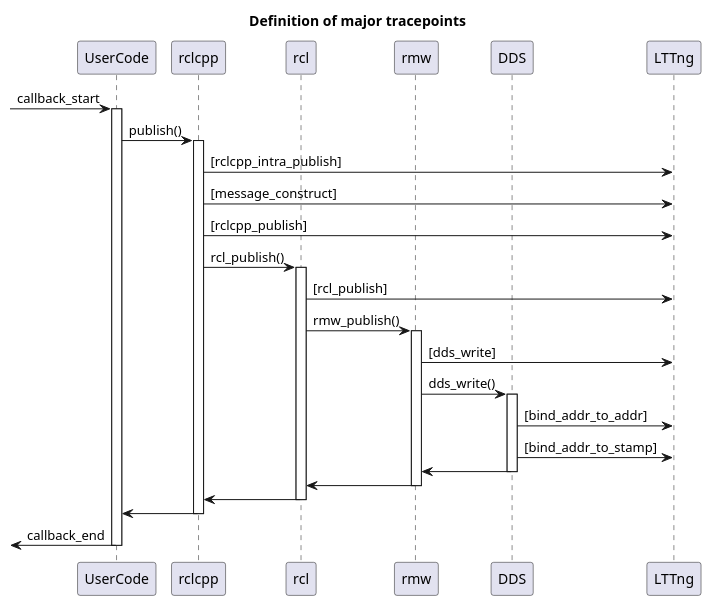
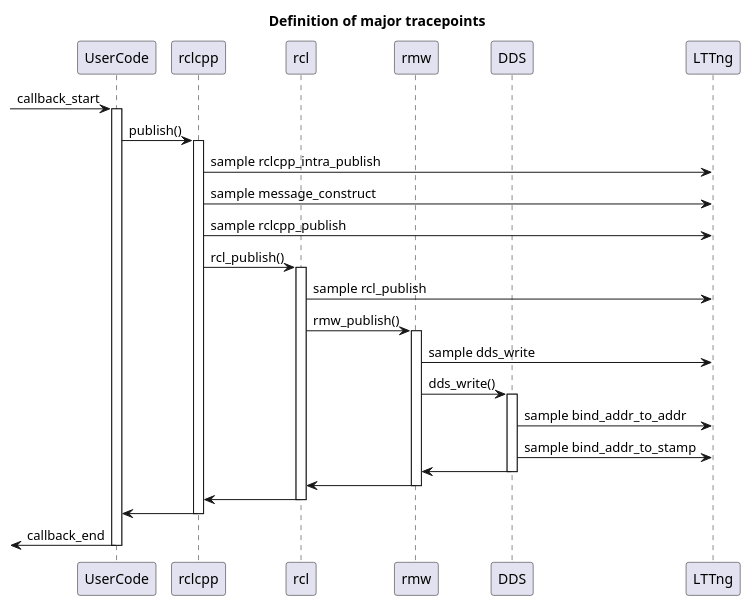
Before and after one commit to tier4/caret_doc: the diagram in docs/design/latency_definitions/publisher.md, drawn with PlantUML. The commit also changed other lines of this file, not shown here.

Commit message:
address comments inlatency_definitions/publisher.md

````diff
--- a/docs/design/latency_definitions/publisher.md
+++ b/docs/design/latency_definitions/publisher.md
@@ -7,51 +7,51 @@
 ```plantuml
 @startuml
 title: Definition of major tracepoints
 
 participant UserCode
 participant rclcpp
 participant rcl
 participant rmw
 participant DDS
 participant LTTng
 
 -> UserCode : callback_start
 activate UserCode
 UserCode -> rclcpp: publish()
 activate rclcpp
 
-rclcpp -> LTTng: [rclcpp_intra_publish]
-rclcpp -> LTTng: [message_construct]
-rclcpp -> LTTng: [rclcpp_publish]
+rclcpp -> LTTng: sample rclcpp_intra_publish
+rclcpp -> LTTng: sample message_construct
+rclcpp -> LTTng: sample rclcpp_publish
 
 rclcpp -> rcl: rcl_publish()
 activate rcl
 
-rcl -> LTTng: [rcl_publish]
+rcl -> LTTng: sample rcl_publish
 
 rcl -> rmw: rmw_publish()
 activate rmw
 
-rmw -> LTTng: [dds_write]
+rmw -> LTTng: sample dds_write
 
 rmw -> DDS: dds_write()
 activate DDS
-DDS -> LTTng: [bind_addr_to_addr]
-DDS -> LTTng: [bind_addr_to_stamp]
+DDS -> LTTng: sample bind_addr_to_addr
+DDS -> LTTng: sample bind_addr_to_stamp
 
 DDS -> rmw
 deactivate DDS
 
 rmw -> rcl
 deactivate rmw
 
 rcl -> rclcpp
 deactivate rcl
 
 rclcpp -> UserCode
 deactivate rclcpp
 
 <- UserCode : callback_end
 deactivate UserCode
 @enduml
 ```
````
